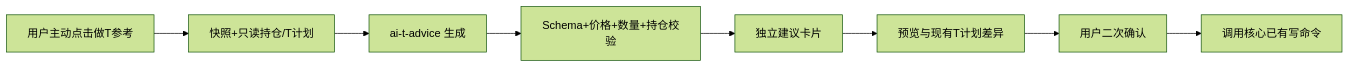
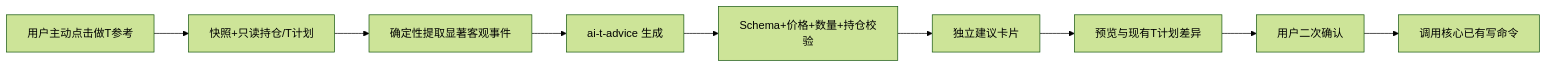
Before and after one commit to SingleOne/JianZhang: the fourth of 4 diagrams in docs/ai-module-implementation-plan.md, drawn with Mermaid (forest theme). The commit also changed other lines of this file and 8 other files, not shown here.

````diff
--- a/docs/ai-module-implementation-plan.md
+++ b/docs/ai-module-implementation-plan.md
@@ -557,10 +557,11 @@
 ```mermaid
 flowchart LR
     START["用户主动点击做T参考"] --> CONTEXT["快照+只读持仓/T计划"]
-    CONTEXT --> GENERATE["ai-t-advice 生成"]
+    CONTEXT --> EVENTS["确定性提取显著客观事件"]
+    EVENTS --> GENERATE["ai-t-advice 生成"]
     GENERATE --> VALIDATE["Schema+价格+数量+持仓校验"]
     VALIDATE --> DISPLAY["独立建议卡片"]
     DISPLAY --> PREVIEW["预览与现有T计划差异"]
     PREVIEW --> CONFIRM["用户二次确认"]
     CONFIRM --> COMMAND["调用核心已有写命令"]
 ```
````
